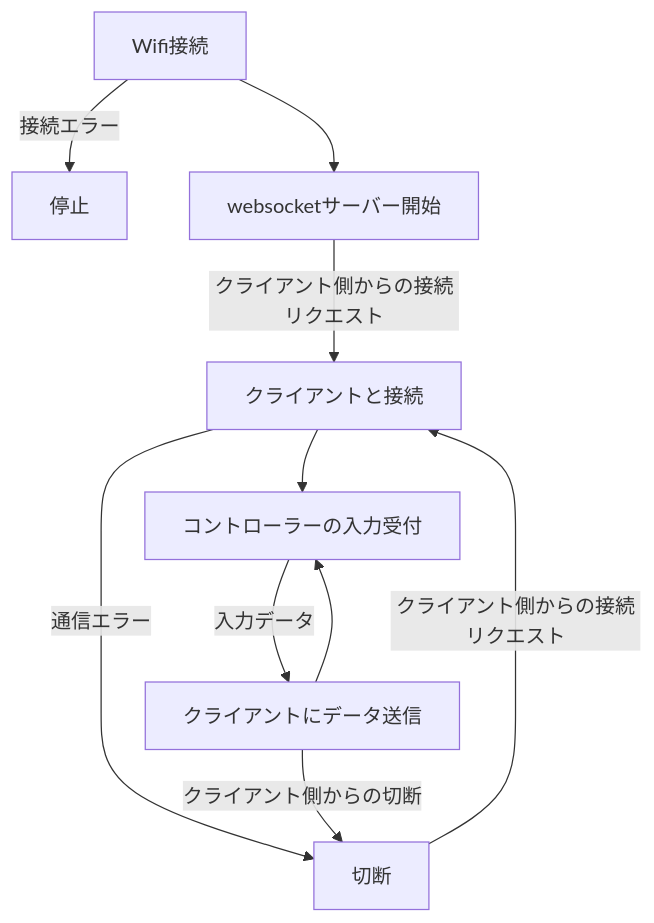
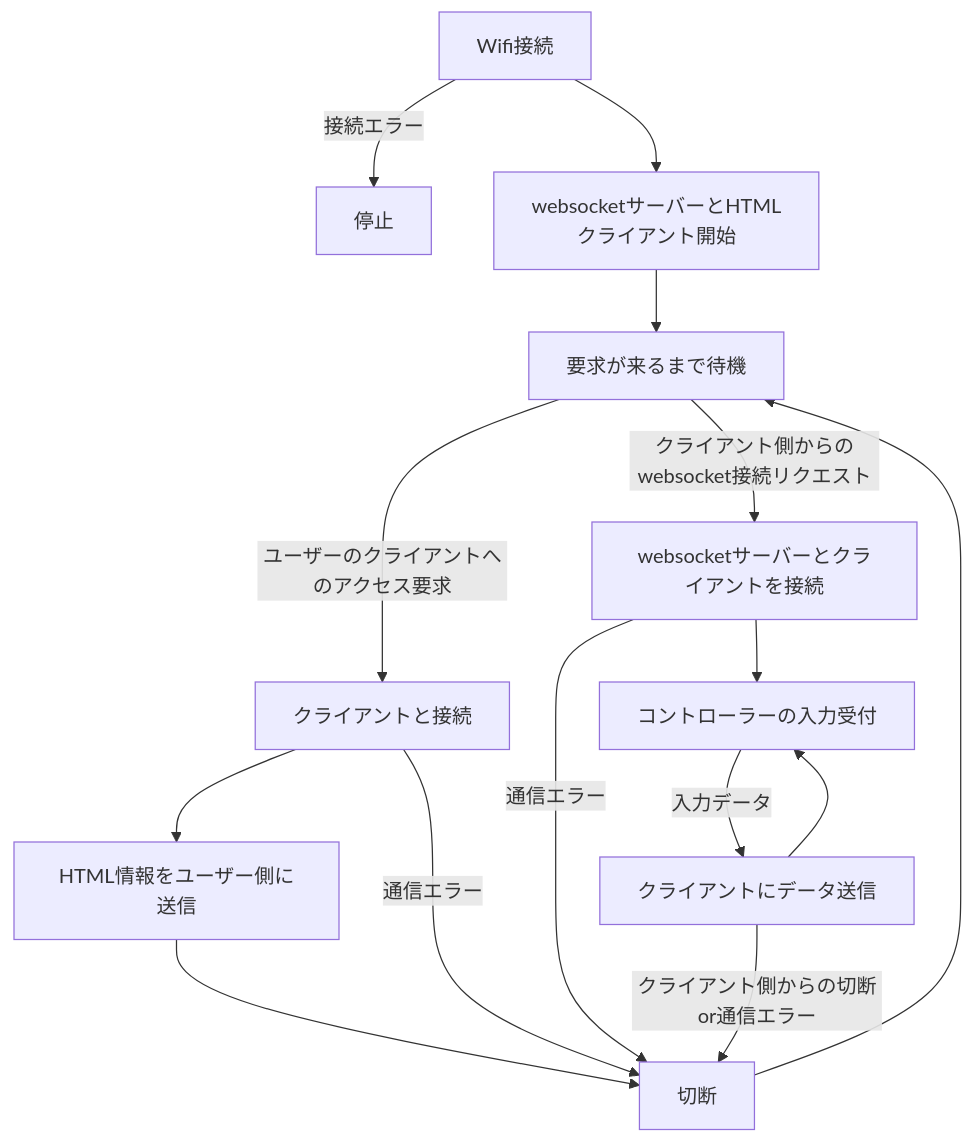
One commit to nRen28/2025TrainingGraduationProject changed the first of 2 diagrams in README.md. Above: the diagram before and after it, drawn with Mermaid. The commit also changed other lines of this file and 5 other files, not shown here.

````diff
--- a/README.md
+++ b/README.md
@@ -42,12 +44,16 @@
 ```mermaid
 flowchart TD;
     Wifi接続-->|接続エラー|停止
-    Wifi接続-->websocketサーバー開始
-    websocketサーバー開始-->|クライアント側からの接続リクエスト|クライアントと接続
+    Wifi接続-->websocketサーバーとHTMLクライアント開始
+    websocketサーバーとHTMLクライアント開始-->要求が来るまで待機
+    要求が来るまで待機-->|ユーザーのクライアントへのアクセス要求|クライアントと接続
+    クライアントと接続-->HTML情報をユーザー側に送信-->切断
+    要求が来るまで待機-->|クライアント側からのwebsocket接続リクエスト|websocketサーバーとクライアントを接続
     クライアントと接続-->|通信エラー|切断
-    クライアントと接続-->コントローラーの入力受付
+    websocketサーバーとクライアントを接続-->|通信エラー|切断
+    websocketサーバーとクライアントを接続-->コントローラーの入力受付
     コントローラーの入力受付-->|入力データ|クライアントにデータ送信
     クライアントにデータ送信-->コントローラーの入力受付
-    クライアントにデータ送信-->|クライアント側からの切断|切断
-    切断-->|クライアント側からの接続リクエスト|クライアントと接続
+    クライアントにデータ送信-->|クライアント側からの切断or通信エラー|切断
+    切断-->要求が来るまで待機
 ```
````
